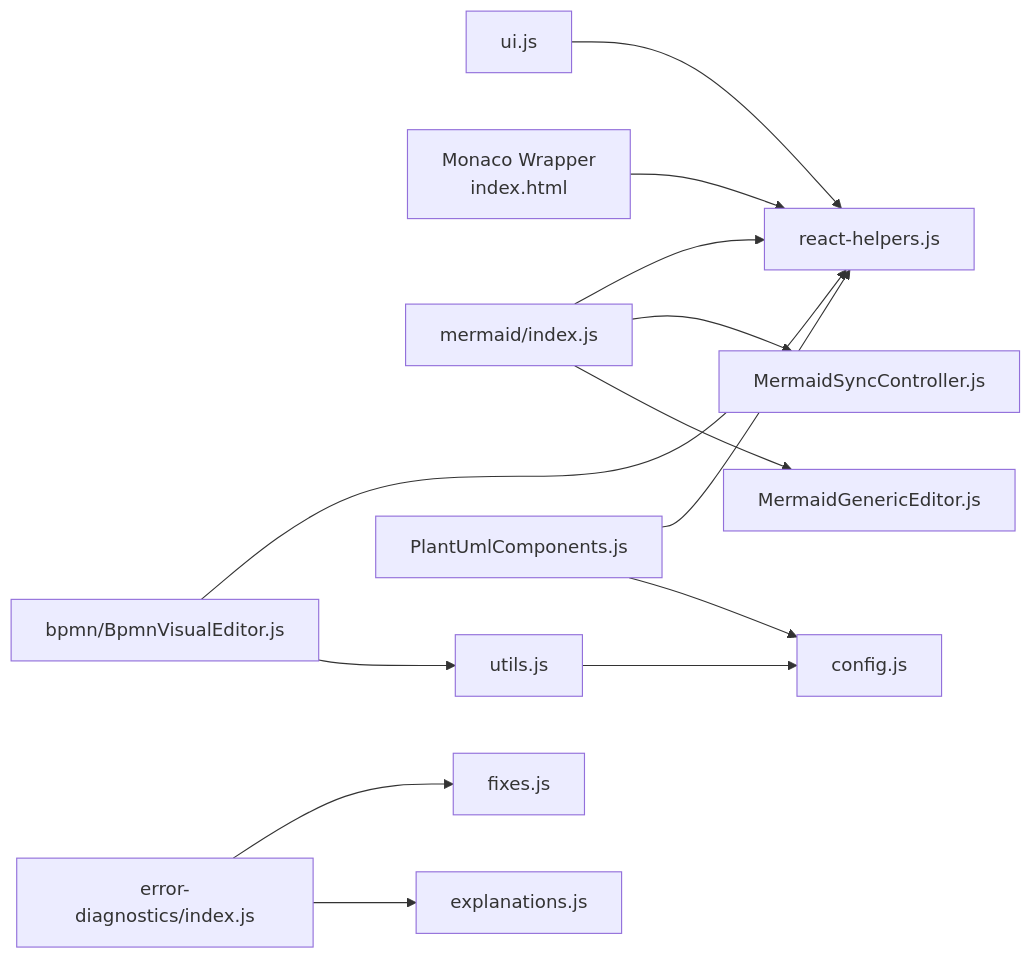
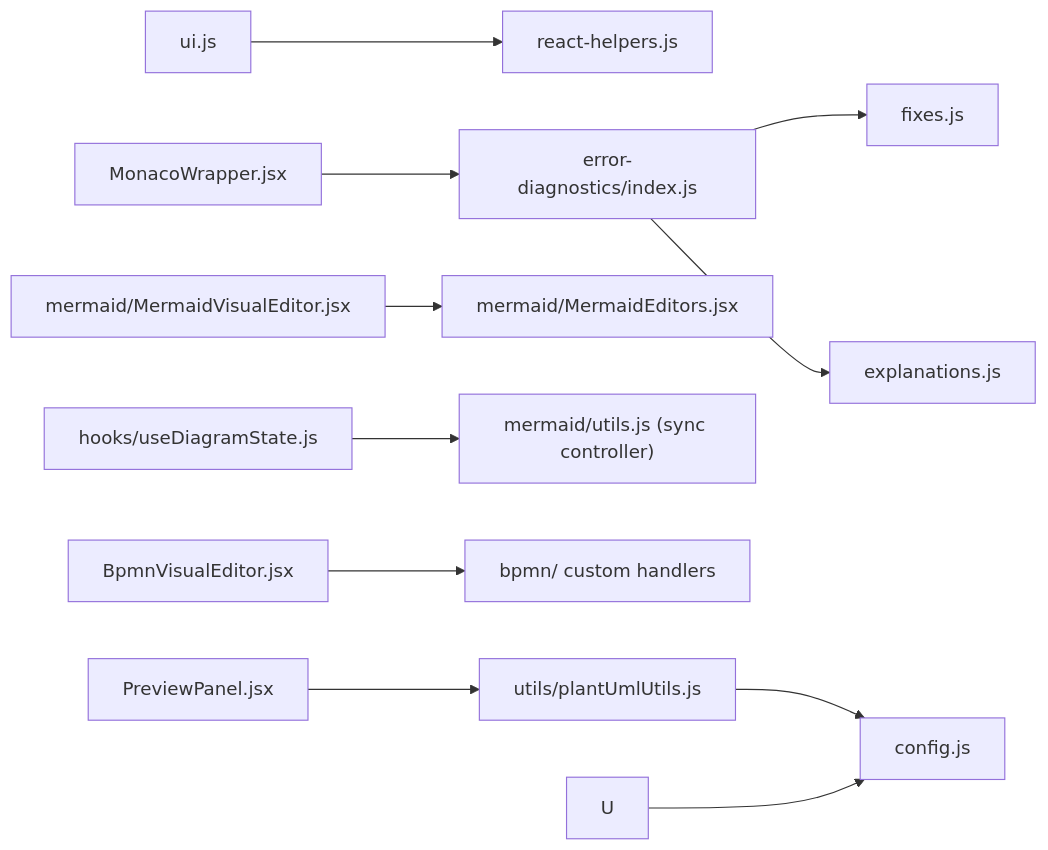
Before and after one commit to ongchonghian/universal-diagram-editor: the sixth of 6 diagrams in .qoder/repowiki/en/content/Advanced Features/Performance Optimization.md, drawn with Mermaid. The commit also changed other lines of this file and 31 other files, not shown here.

````diff
--- a/.qoder/repowiki/en/content/Advanced Features/Performance Optimization.md
+++ b/.qoder/repowiki/en/content/Advanced Features/Performance Optimization.md
@@ -281,15 +275,13 @@
 ```mermaid
 graph LR
 UI["ui.js"] --> RH["react-helpers.js"]
-MW["Monaco Wrapper<br/>index.html"] --> RH
-ME["mermaid/index.js"] --> RH
-ME --> MSC["MermaidSyncController.js"]
-ME --> MGE["MermaidGenericEditor.js"]
-BE["bpmn/BpmnVisualEditor.js"] --> RH
-BE --> U["utils.js"]
-PU["PlantUmlComponents.js"] --> RH
-PU --> CFG["config.js"]
+MW["MonacoWrapper.jsx"] --> ED
+ME["mermaid/MermaidVisualEditor.jsx"] --> SUB["mermaid/MermaidEditors.jsx"]
+HOOK["hooks/useDiagramState.js"] --> MSC["mermaid/utils.js (sync controller)"]
+BE["BpmnVisualEditor.jsx"] --> BJ["bpmn/ custom handlers"]
+PU["PreviewPanel.jsx"] --> UT["utils/plantUmlUtils.js"]
+UT --> CFG["config.js"]
 ED["error-diagnostics/index.js"] --> FIX["fixes.js"]
 ED --> EX["explanations.js"]
 U --> CFG
 ```
````
